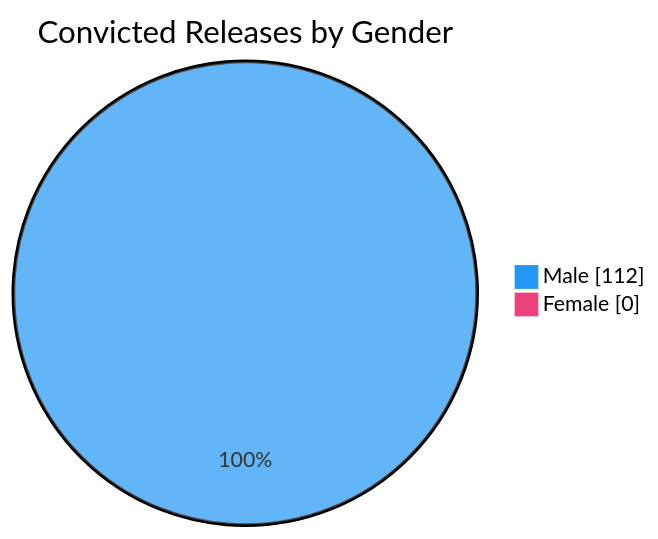
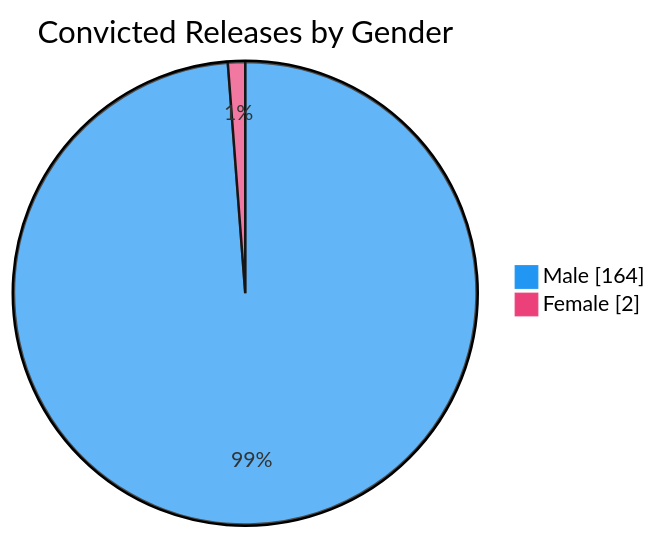
One commit to nuuuwan/lk_prisons changed the sixth of 7 diagrams in README.md. Above: the diagram before and after it, drawn with Mermaid. The commit also changed other lines of this file and 1 other file, not shown here.

````diff
--- a/README.md
+++ b/README.md
@@ -98,6 +98,6 @@
 ```mermaid
 %%{init: {'themeVariables': {'pie1': '#2196F3', 'pie2': '#EC407A'}}}%%
 pie showData title Convicted Releases by Gender
-    "Male" : 112
-    "Female" : 0
+    "Male" : 164
+    "Female" : 2
 ```
````
